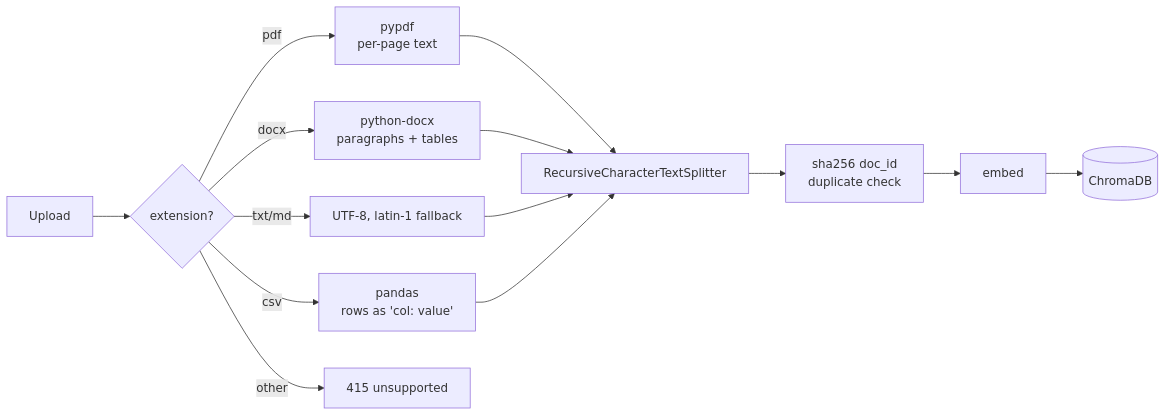
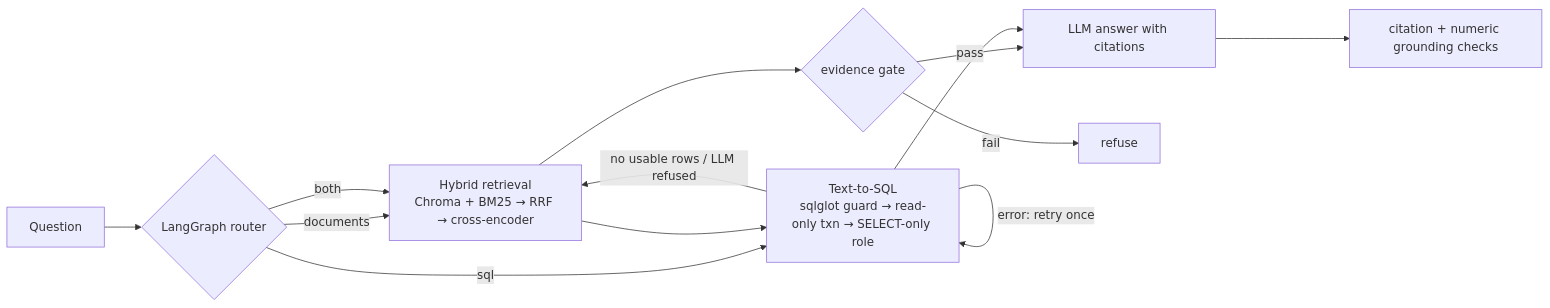
The diagram in README.md (Dileep5/enterprise-ai-research-agent), drawn with Mermaid before and after one commit. The commit also changed other lines of this file and 4 other files, not shown here.

First line of the commit message:
Docs: README, ARCHITECTURE, IMPLEMENTATION_DETAILS, TEST_RESULTS, TROUBLESHOOTING, INTERVIEW_GUIDE

````diff
--- a/README.md
+++ b/README.md
@@ -60,12 +5,14 @@
 ```mermaid
 flowchart LR
-    A[Upload] --> B{extension?}
-    B -->|pdf| P[pypdf<br/>per-page text]
-    B -->|docx| W[python-docx<br/>paragraphs + tables]
-    B -->|txt/md| T[UTF-8, latin-1 fallback]
-    B -->|csv| C[pandas<br/>rows as 'col: value']
-    B -->|other| E[415 unsupported]
-    P & W & T & C --> S[RecursiveCharacterTextSplitter]
-    S --> H[sha256 doc_id<br/>duplicate check]
-    H --> EM[embed] --> CH[(ChromaDB)]
+    Q[Question] --> R{LangGraph router}
+    R -->|documents| H[Hybrid retrieval<br/>Chroma + BM25 → RRF → cross-encoder]
+    R -->|sql| S[Text-to-SQL<br/>sqlglot guard → read-only txn → SELECT-only role]
+    R -->|both| H --> S
+    S -->|error: retry once| S
+    S -->|no usable rows / LLM refused| H
+    H --> G{evidence gate}
+    G -->|pass| A[LLM answer with citations]
+    S --> A
+    A --> V[citation + numeric grounding checks]
+    G -->|fail| X[refuse]
 ```
````
